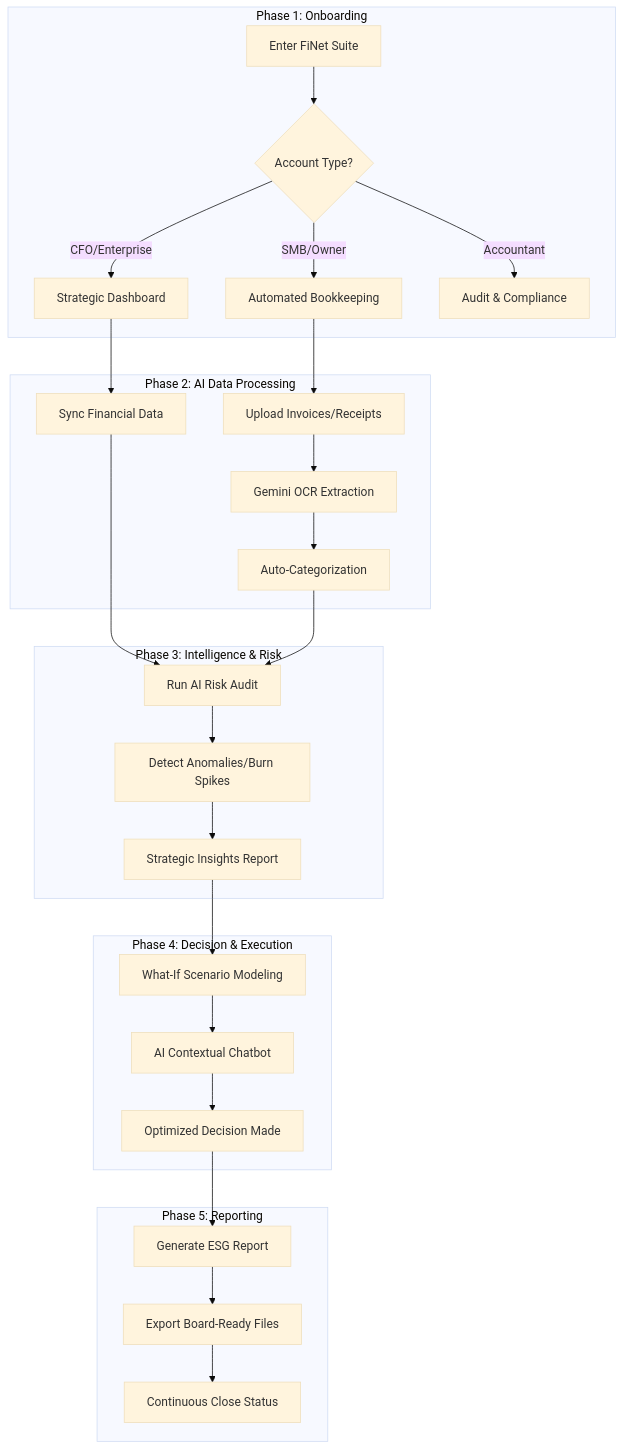
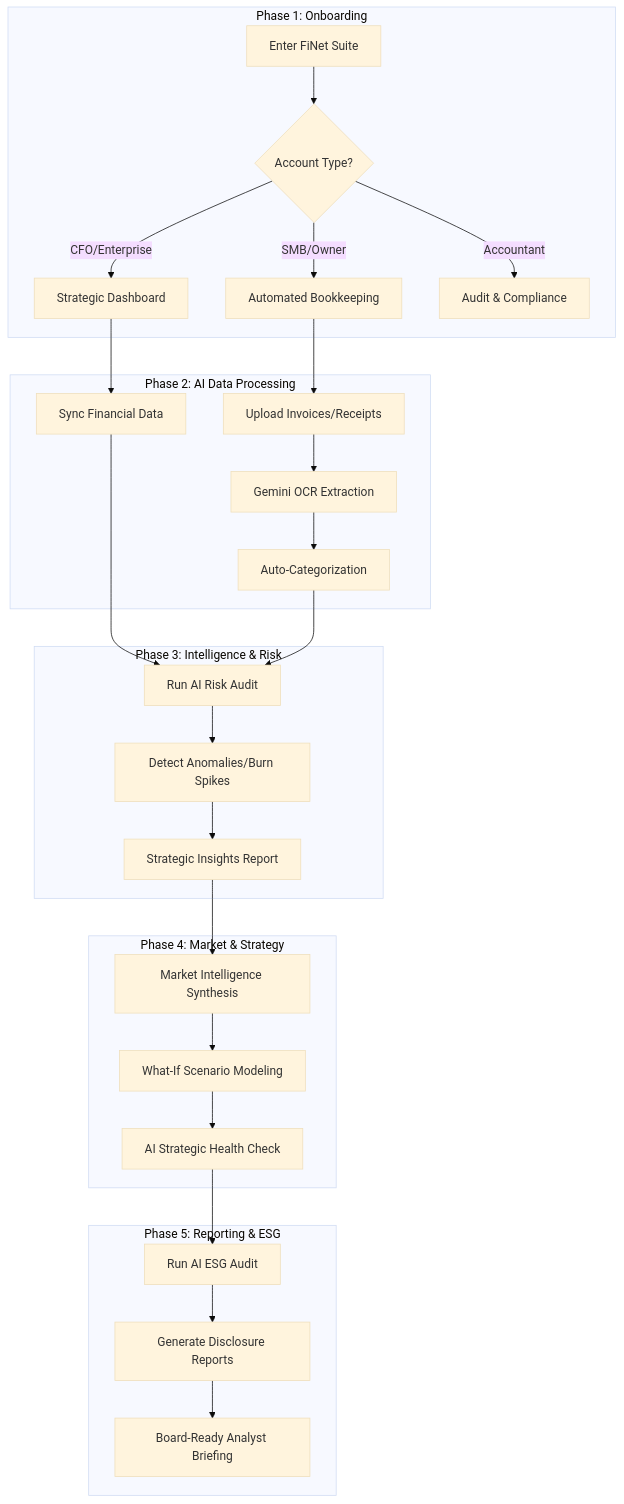
Before and after one commit to ShaikhNidhal/FiNet: the diagram in USER_JOURNEY.md, drawn with Mermaid (base theme). The commit also changed other lines of this file and 2 other files, not shown here.

Commit message:
Complete Phase 3: ESG Reporting, Market Intelligence, and AI Strategic Health Checks

````diff
--- a/USER_JOURNEY.md
+++ b/USER_JOURNEY.md
@@ -7,35 +7,35 @@
 ```mermaid
 graph TD
     subgraph Phase 1: Onboarding
         A[Enter FiNet Suite] --> B{Account Type?}
         B -->|CFO/Enterprise| C[Strategic Dashboard]
         B -->|SMB/Owner| D[Automated Bookkeeping]
         B -->|Accountant| E[Audit & Compliance]
     end
 
     subgraph Phase 2: AI Data Processing
         C --> F[Sync Financial Data]
         D --> G[Upload Invoices/Receipts]
         G --> H[Gemini OCR Extraction]
         H --> I[Auto-Categorization]
     end
 
     subgraph Phase 3: Intelligence & Risk
         F --> J[Run AI Risk Audit]
         I --> J
         J --> K[Detect Anomalies/Burn Spikes]
         K --> L[Strategic Insights Report]
     end
 
-    subgraph Phase 4: Decision & Execution
-        L --> M[What-If Scenario Modeling]
-        M --> N[AI Contextual Chatbot]
-        N --> O[Optimized Decision Made]
+    subgraph Phase 4: Market & Strategy
+        L --> M[Market Intelligence Synthesis]
+        M --> N[What-If Scenario Modeling]
+        N --> O[AI Strategic Health Check]
     end
 
-    subgraph Phase 5: Reporting
-        O --> P[Generate ESG Report]
-        P --> Q[Export Board-Ready Files]
-        Q --> R[Continuous Close Status]
+    subgraph Phase 5: Reporting & ESG
+        O --> P[Run AI ESG Audit]
+        P --> Q[Generate Disclosure Reports]
+        Q --> R[Board-Ready Analyst Briefing]
     end
 ```
````
